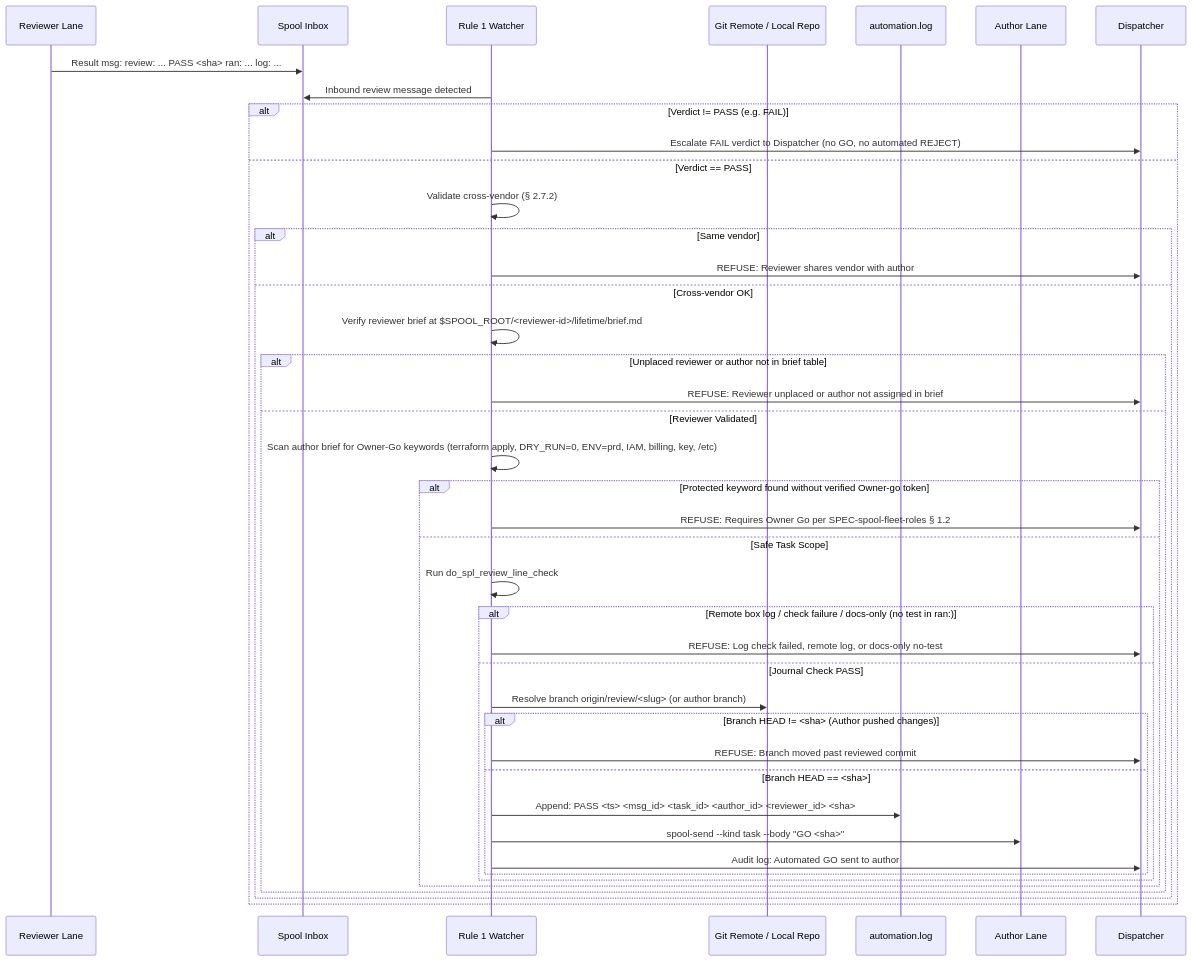
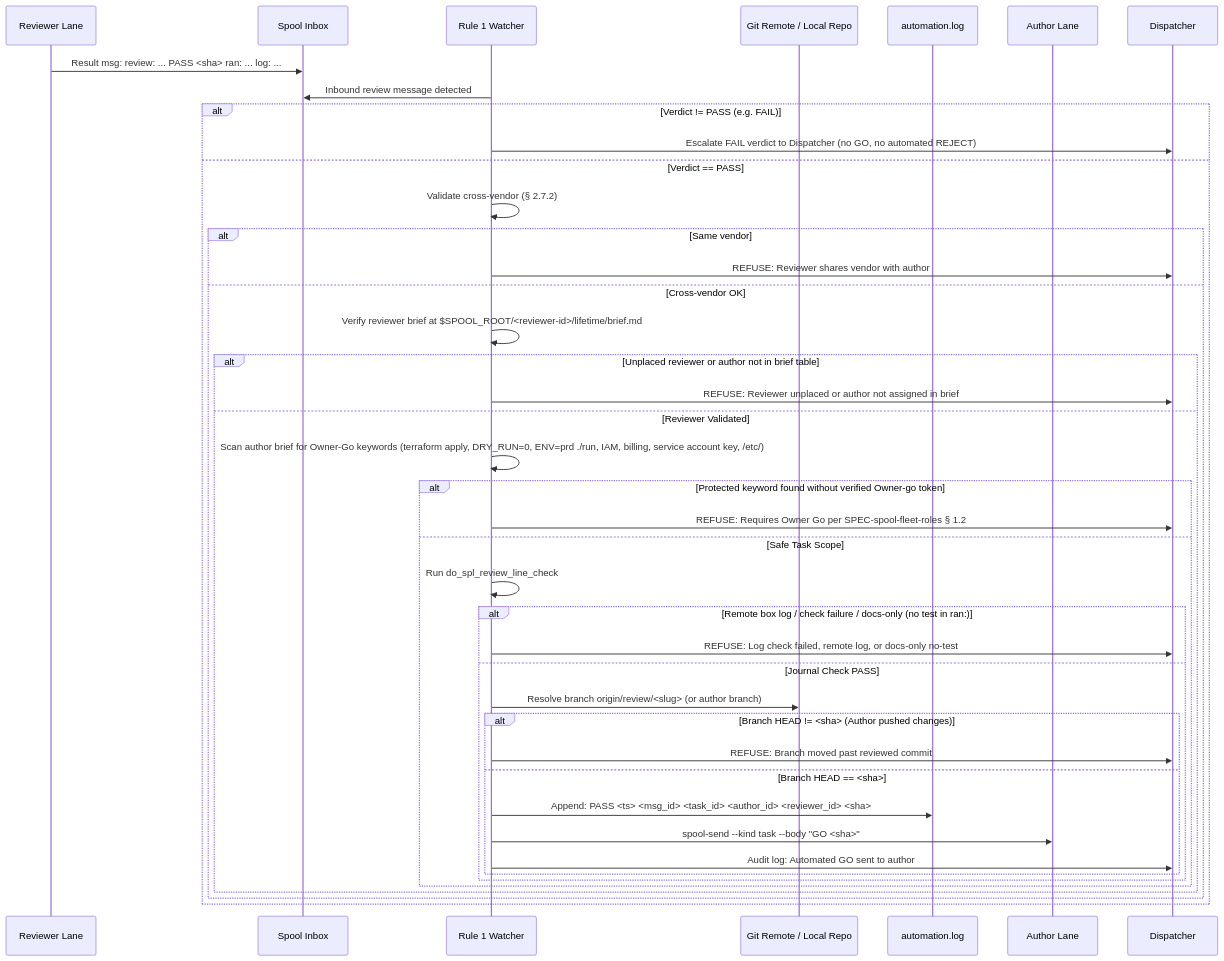
The second of 6 diagrams in csi-spl-doc/specs/157-dispatch-automation/spec.md (csitea/csi-spl), drawn with Mermaid before and after one commit. The commit also changed other lines of this file, not shown here.

````diff
--- a/csi-spl-doc/specs/157-dispatch-automation/spec.md
+++ b/csi-spl-doc/specs/157-dispatch-automation/spec.md
@@ -113,45 +113,45 @@
 ```mermaid
 sequenceDiagram
     participant R as Reviewer Lane
     participant S as Spool Inbox
     participant W as Rule 1 Watcher
     participant G as Git Remote / Local Repo
     participant L as automation.log
     participant A as Author Lane
     participant D as Dispatcher
 
     R->>S: Result msg: review: ... PASS <sha> ran: ... log: ...
     W->>S: Inbound review message detected
     alt Verdict != PASS (e.g. FAIL)
         W->>D: Escalate FAIL verdict to Dispatcher (no GO, no automated REJECT)
     else Verdict == PASS
         W->>W: Validate cross-vendor (§ 2.7.2)
         alt Same vendor
             W->>D: REFUSE: Reviewer shares vendor with author
         else Cross-vendor OK
             W->>W: Verify reviewer brief at $SPOOL_ROOT/<reviewer-id>/lifetime/brief.md
             alt Unplaced reviewer or author not in brief table
                 W->>D: REFUSE: Reviewer unplaced or author not assigned in brief
             else Reviewer Validated
-                W->>W: Scan author brief for Owner-Go keywords (terraform apply, DRY_RUN=0, ENV=prd, IAM, billing, key, /etc)
+                W->>W: Scan author brief for Owner-Go keywords (terraform apply, DRY_RUN=0, ENV=prd ./run, IAM, billing, service account key, /etc/)
                 alt Protected keyword found without verified Owner-go token
                     W->>D: REFUSE: Requires Owner Go per SPEC-spool-fleet-roles § 1.2
                 else Safe Task Scope
                     W->>W: Run do_spl_review_line_check
                     alt Remote box log / check failure / docs-only (no test in ran:)
                         W->>D: REFUSE: Log check failed, remote log, or docs-only no-test
                     else Journal Check PASS
                         W->>G: Resolve branch origin/review/<slug> (or author branch)
                         alt Branch HEAD != <sha> (Author pushed changes)
                             W->>D: REFUSE: Branch moved past reviewed commit
                         else Branch HEAD == <sha>
                             W->>L: Append: PASS <ts> <msg_id> <task_id> <author_id> <reviewer_id> <sha>
                             W->>A: spool-send --kind task --body "GO <sha>"
                             W->>D: Audit log: Automated GO sent to author
                         end
                     end
                 end
             end
         end
     end
 ```
````
